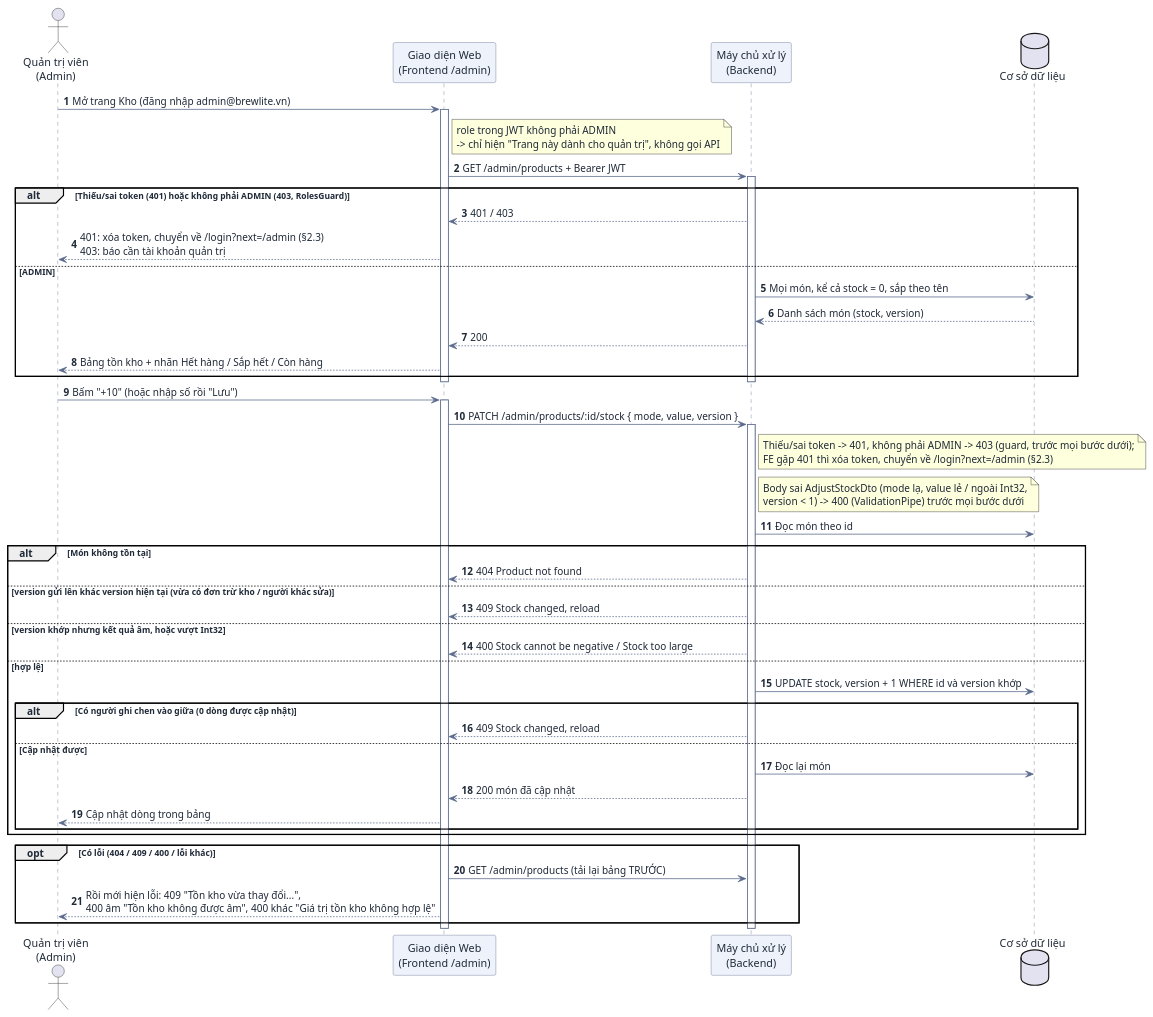
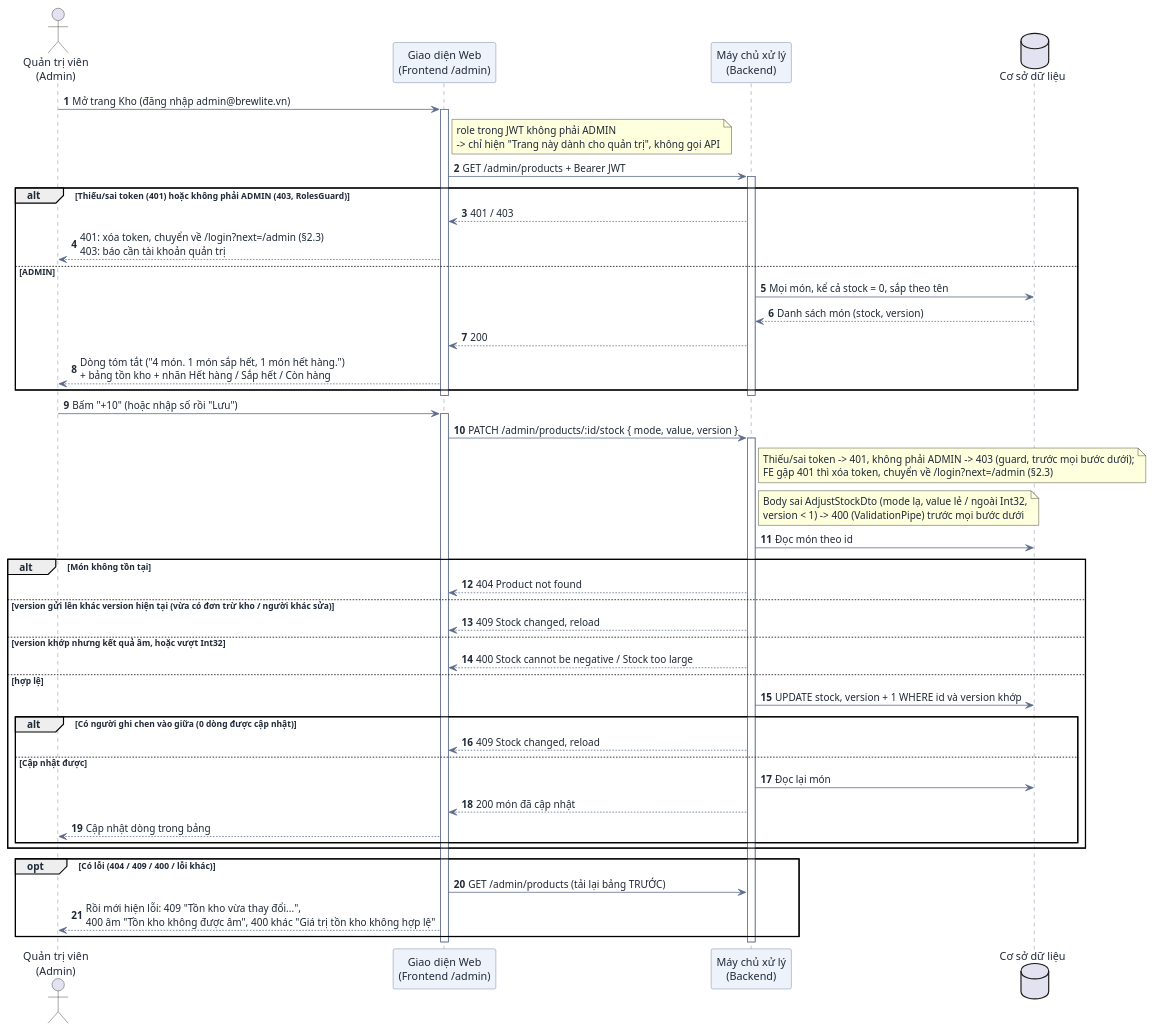
The ninth of 9 diagrams in docs/user-sequence-specifications.md (DuVinhLoi/BrewLite), drawn with PlantUML before and after one commit. The commit also changed other lines of this file and 61 other files, not shown here.

````diff
--- a/docs/user-sequence-specifications.md
+++ b/docs/user-sequence-specifications.md
@@ -916,62 +925,62 @@
 ```plantuml
 @startuml
 skinparam DefaultFontColor #1f2937
 skinparam ArrowColor #5b6b8c
 skinparam SequenceParticipantBackgroundColor #eef2fb
 skinparam SequenceParticipantBorderColor #5b6b8c
 skinparam SequenceLifeLineBorderColor #5b6b8c
 
 autonumber
 actor "Quản trị viên\n(Admin)" as User
 participant "Giao diện Web\n(Frontend /admin)" as FE
 participant "Máy chủ xử lý\n(Backend)" as BE
 database "Cơ sở dữ liệu" as DB
 
 User -> FE : Mở trang Kho (đăng nhập admin@brewlite.vn)
 activate FE
 note right of FE : role trong JWT không phải ADMIN\n-> chỉ hiện "Trang này dành cho quản trị", không gọi API
 FE -> BE : GET /admin/products + Bearer JWT
 activate BE
 alt Thiếu/sai token (401) hoặc không phải ADMIN (403, RolesGuard)
   BE --> FE : 401 / 403
   FE --> User : 401: xóa token, chuyển về /login?next=/admin (§2.3)\n403: báo cần tài khoản quản trị
 else ADMIN
   BE -> DB : Mọi món, kể cả stock = 0, sắp theo tên
   DB --> BE : Danh sách món (stock, version)
   BE --> FE : 200
-  FE --> User : Bảng tồn kho + nhãn Hết hàng / Sắp hết / Còn hàng
+  FE --> User : Dòng tóm tắt ("4 món. 1 món sắp hết, 1 món hết hàng.")\n+ bảng tồn kho + nhãn Hết hàng / Sắp hết / Còn hàng
 end
 deactivate BE
 deactivate FE
 
 User -> FE : Bấm "+10" (hoặc nhập số rồi "Lưu")
 activate FE
 FE -> BE : PATCH /admin/products/:id/stock { mode, value, version }
 activate BE
 note right of BE : Thiếu/sai token -> 401, không phải ADMIN -> 403 (guard, trước mọi bước dưới);\nFE gặp 401 thì xóa token, chuyển về /login?next=/admin (§2.3)
 note right of BE : Body sai AdjustStockDto (mode lạ, value lẻ / ngoài Int32,\nversion < 1) -> 400 (ValidationPipe) trước mọi bước dưới
 BE -> DB : Đọc món theo id
 alt Món không tồn tại
   BE --> FE : 404 Product not found
 else version gửi lên khác version hiện tại (vừa có đơn trừ kho / người khác sửa)
   BE --> FE : 409 Stock changed, reload
 else version khớp nhưng kết quả âm, hoặc vượt Int32
   BE --> FE : 400 Stock cannot be negative / Stock too large
 else hợp lệ
   BE -> DB : UPDATE stock, version + 1 WHERE id và version khớp
   alt Có người ghi chen vào giữa (0 dòng được cập nhật)
     BE --> FE : 409 Stock changed, reload
   else Cập nhật được
     BE -> DB : Đọc lại món
     BE --> FE : 200 món đã cập nhật
     FE --> User : Cập nhật dòng trong bảng
   end
 end
 opt Có lỗi (404 / 409 / 400 / lỗi khác)
   FE -> BE : GET /admin/products (tải lại bảng TRƯỚC)
   FE --> User : Rồi mới hiện lỗi: 409 "Tồn kho vừa thay đổi...",\n400 âm "Tồn kho không được âm", 400 khác "Giá trị tồn kho không hợp lệ"
 end
 deactivate BE
 deactivate FE
 @enduml
 ```
````
